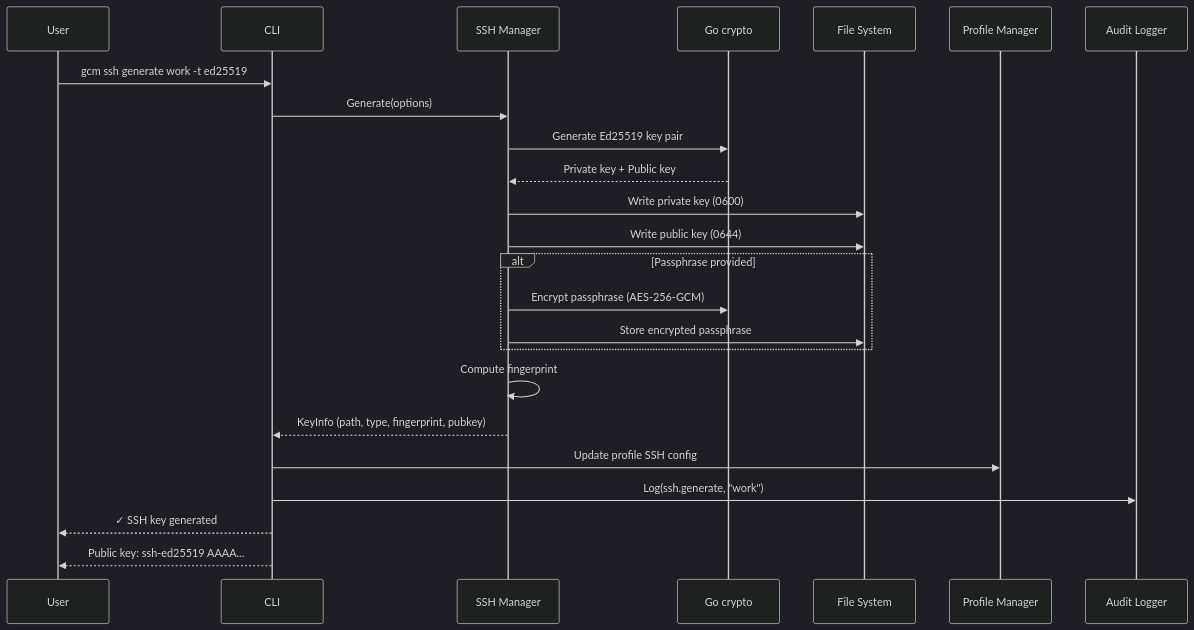
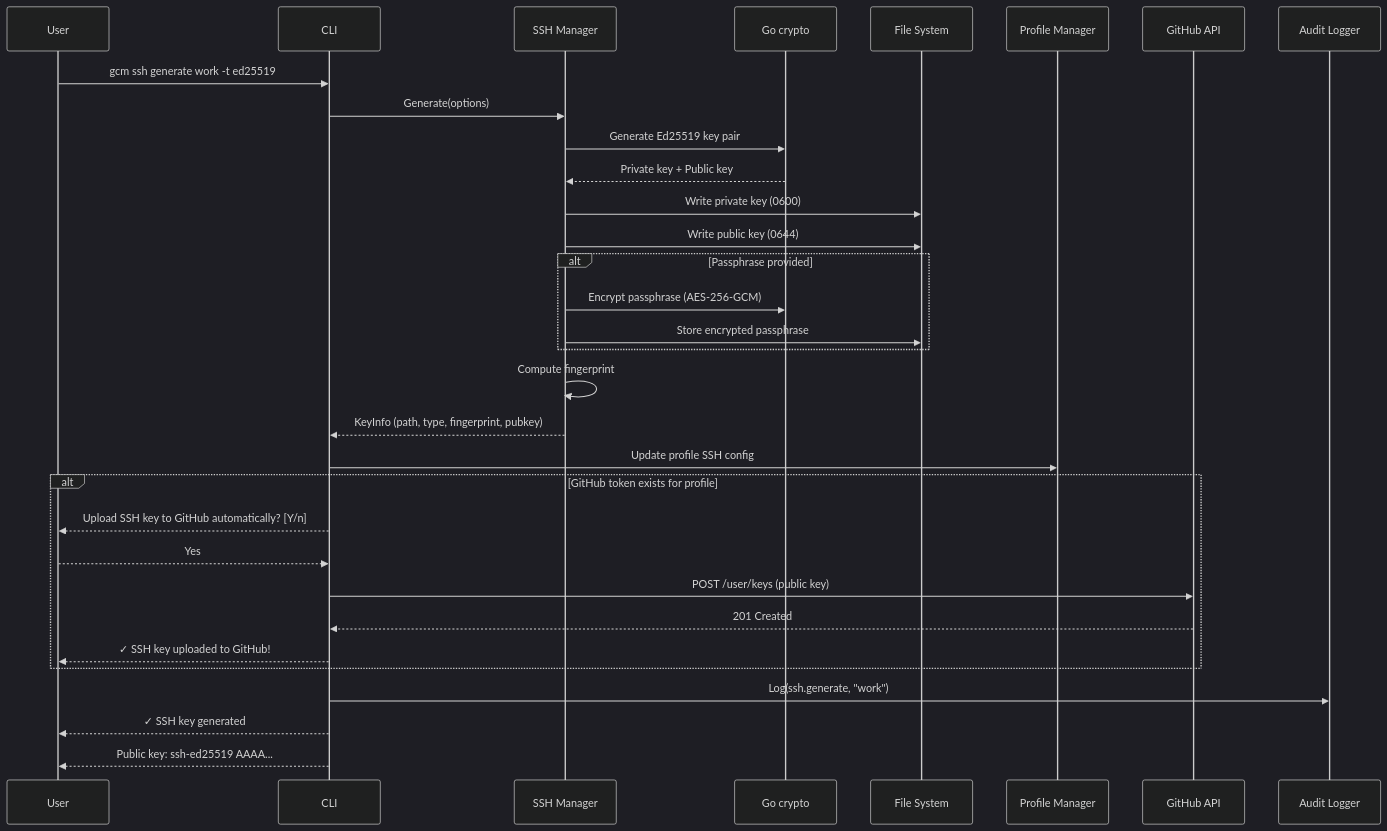
One commit to sijunda/github-config-manager changed the fifth of 15 diagrams in docs/data-flow.md. Above: the diagram before and after it, drawn with Mermaid (dark theme). The commit also changed 10 other files, not shown here.

Commit message:
feat: add auto-upload functionality for SSH and GPG keys to GitHub

````diff
--- a/docs/data-flow.md
+++ b/docs/data-flow.md
@@ -127,31 +127,41 @@
 ```mermaid
 sequenceDiagram
     participant User
     participant CLI
     participant SSHMgr as SSH Manager
     participant Crypto as Go crypto
     participant FS as File System
     participant ProfileMgr as Profile Manager
+    participant GitHub as GitHub API
     participant AuditLog as Audit Logger
 
     User->>CLI: gcm ssh generate work -t ed25519
     CLI->>SSHMgr: Generate(options)
     SSHMgr->>Crypto: Generate Ed25519 key pair
     Crypto-->>SSHMgr: Private key + Public key
     
     SSHMgr->>FS: Write private key (0600)
     SSHMgr->>FS: Write public key (0644)
     
     alt Passphrase provided
         SSHMgr->>Crypto: Encrypt passphrase (AES-256-GCM)
         SSHMgr->>FS: Store encrypted passphrase
     end
     
     SSHMgr->>SSHMgr: Compute fingerprint
     SSHMgr-->>CLI: KeyInfo (path, type, fingerprint, pubkey)
     
     CLI->>ProfileMgr: Update profile SSH config
+
+    alt GitHub token exists for profile
+        CLI-->>User: Upload SSH key to GitHub automatically? [Y/n]
+        User-->>CLI: Yes
+        CLI->>GitHub: POST /user/keys (public key)
+        GitHub-->>CLI: 201 Created
+        CLI-->>User: ✓ SSH key uploaded to GitHub!
+    end
+
     CLI->>AuditLog: Log(ssh.generate, "work")
     CLI-->>User: ✓ SSH key generated
     CLI-->>User: Public key: ssh-ed25519 AAAA...
 ```
````
